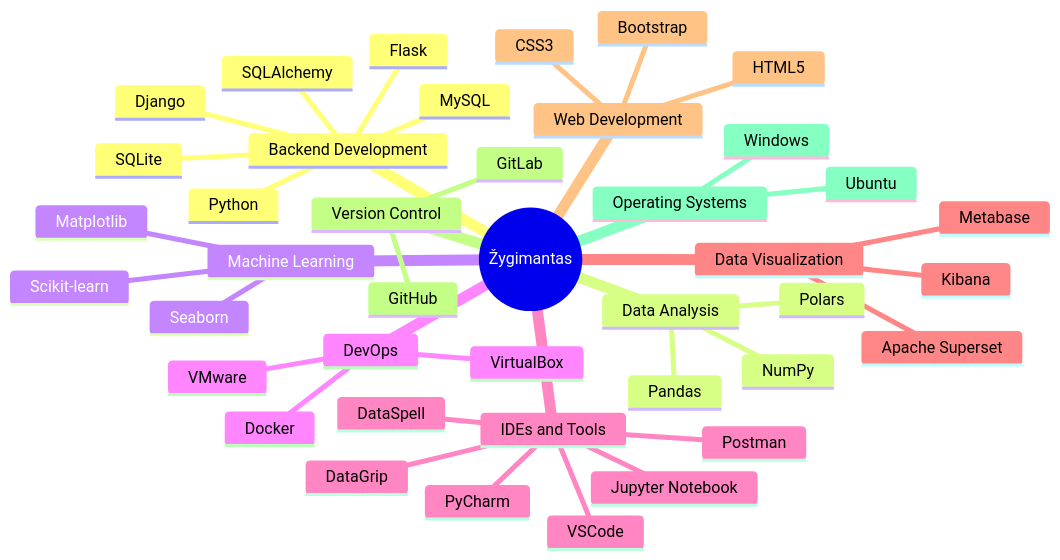
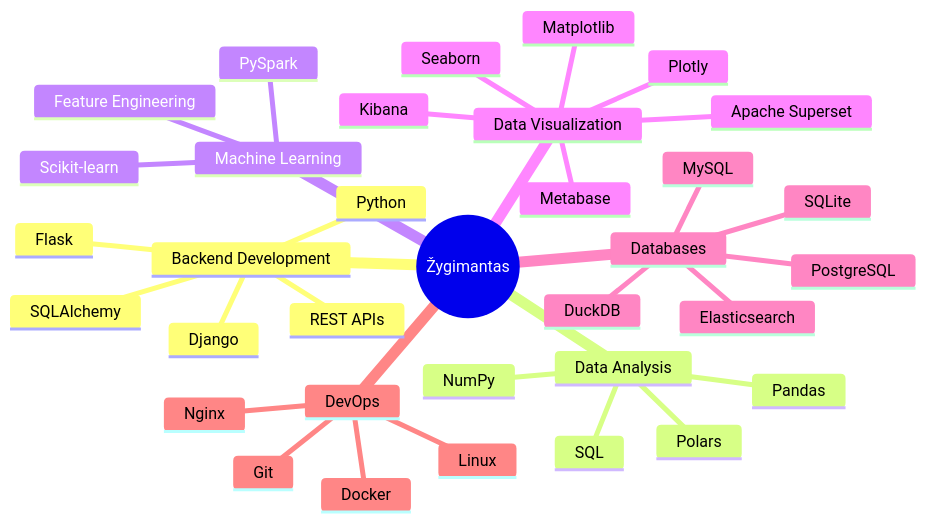
The diagram in README.md (ZygimantasB/ZygimantasB), drawn with Mermaid before and after one commit. The commit also changed other lines of this file, not shown here.

````diff
--- a/README.md
+++ b/README.md
@@ -360,44 +261,37 @@
 ```mermaid
 mindmap
   root((Žygimantas))
     Backend Development
       Python
       Django
       Flask
       SQLAlchemy
-      SQLite
-      MySQL
+      REST APIs
     Data Analysis
       NumPy
       Pandas
       Polars
+      SQL
     Machine Learning
       Scikit-learn
+      PySpark
+      Feature Engineering
+    Data Visualization
+      Matplotlib
       Seaborn
-      Matplotlib
-    DevOps
-      Docker
-      VMware
-      VirtualBox
-    IDEs and Tools
-      VSCode
-      PyCharm
-      DataGrip
-      DataSpell
-      Jupyter Notebook
-      Postman
-    Data Visualization
+      Plotly
       Apache Superset
       Kibana
       Metabase
-    Web Development
-      HTML5
-      CSS3
-      Bootstrap
-    Version Control
-      GitLab
-      GitHub
-    Operating Systems
-      Ubuntu
-      Windows
+    Databases
+      PostgreSQL
+      MySQL
+      SQLite
+      DuckDB
+      Elasticsearch
+    DevOps
+      Docker
+      Git
+      Linux
+      Nginx
 ```
````
